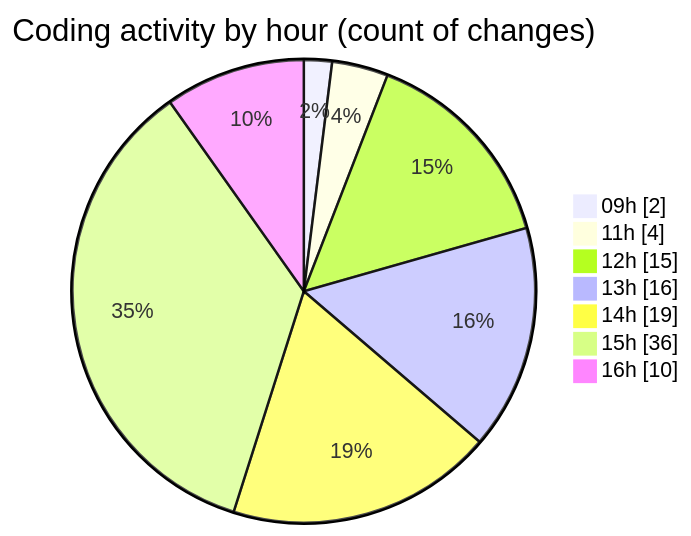
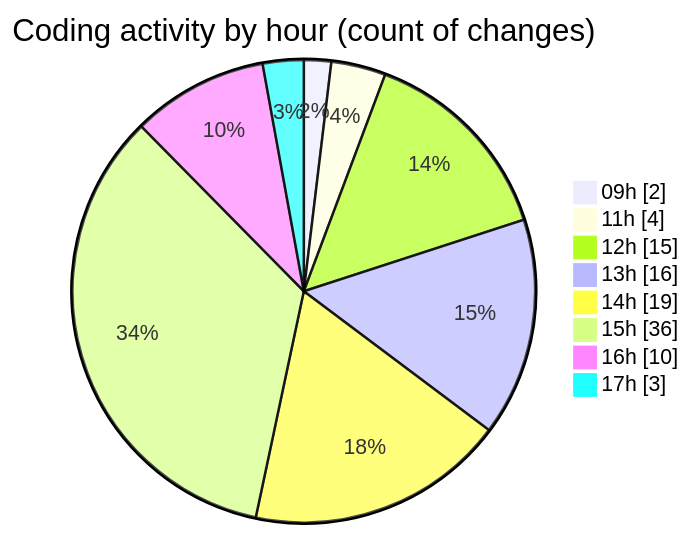
Before and after one commit to Elitesun/code-tracking: the second of 2 diagrams in 2025-04-30/niten/README.md, drawn with Mermaid. The commit also changed other lines of this file and 1 other file, not shown here.

````diff
--- a/2025-04-30/niten/README.md
+++ b/2025-04-30/niten/README.md
@@ -59,11 +59,12 @@
 ```mermaid
 pie showData
 title Coding activity by hour (count of changes)
 "09h" : 2
 "11h" : 4
 "12h" : 15
 "13h" : 16
 "14h" : 19
 "15h" : 36
 "16h" : 10
+"17h" : 3
 ```
````
